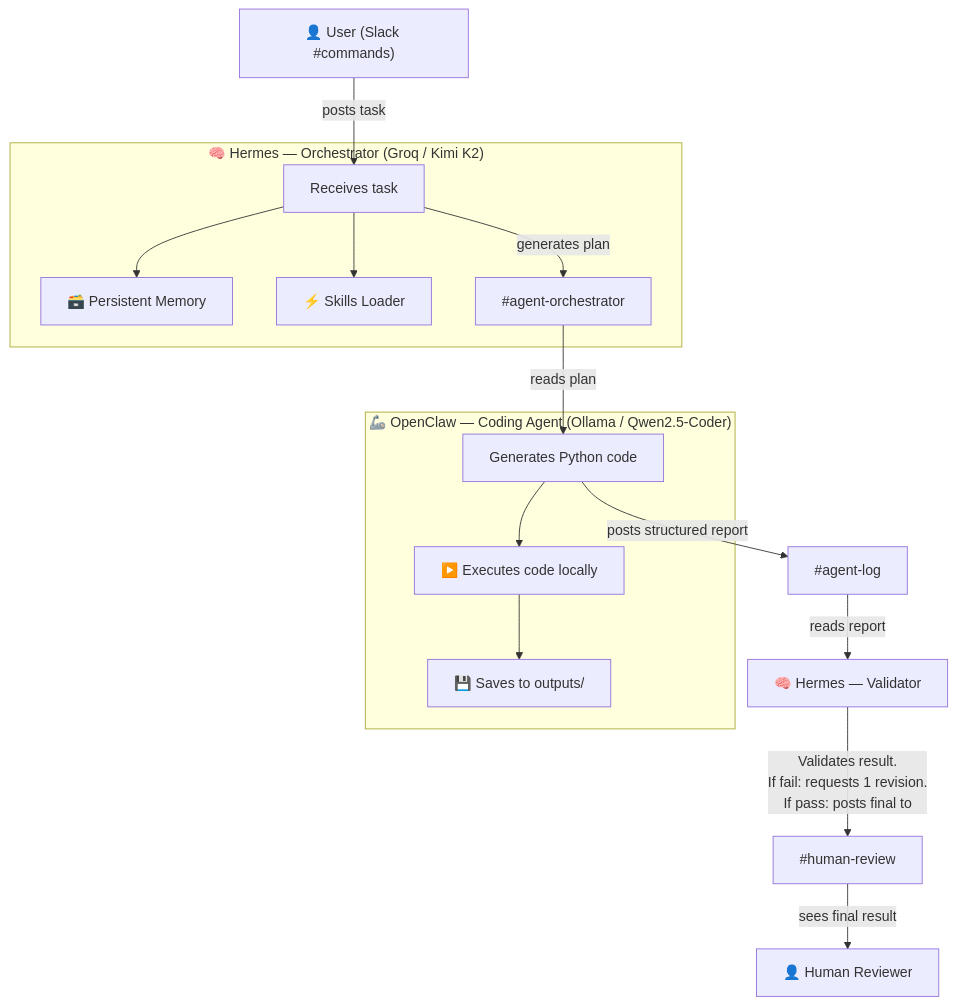
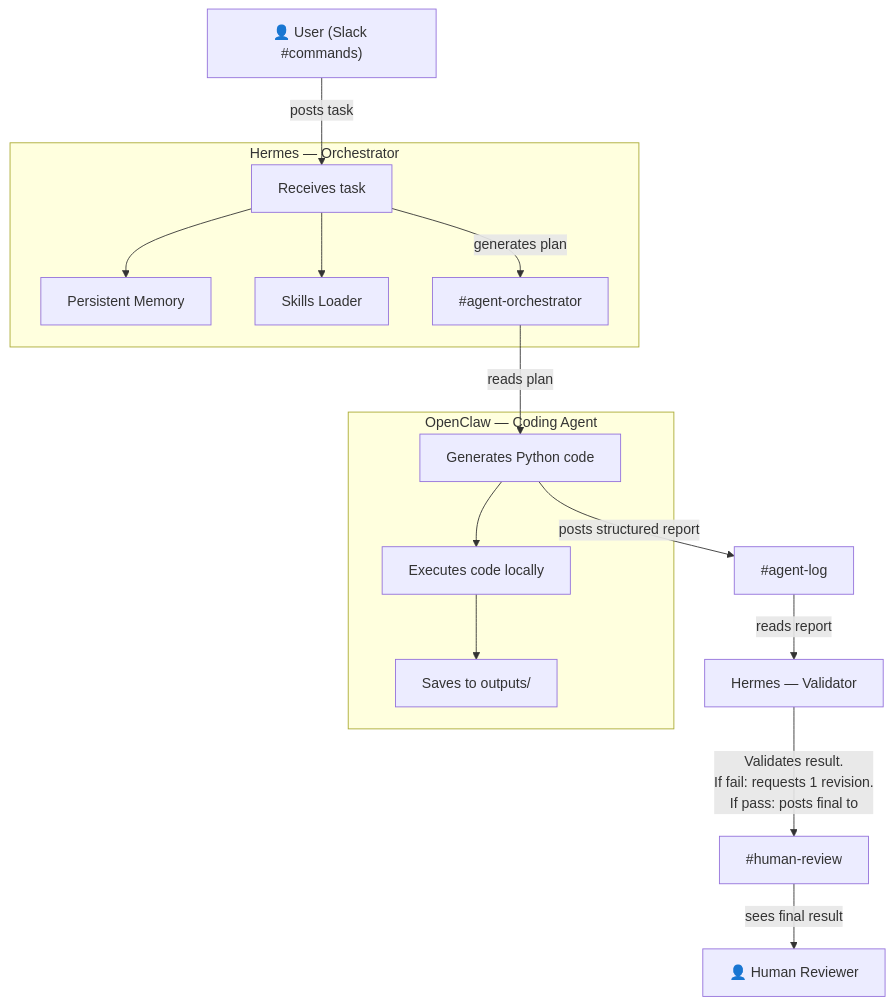
The diagram in README.md (Abishek2207/forge2-qualifier-abishek), drawn with Mermaid before and after one commit. The commit also changed other lines of this file and 9 other files, not shown here.

````diff
--- a/README.md
+++ b/README.md
@@ -21,34 +17,34 @@
 ```mermaid
 flowchart TD
     User["👤 User (Slack #commands)"] -->|"posts task"| Hermes
 
-    subgraph HermesAgent["🧠 Hermes — Orchestrator (Groq / Kimi K2)"]
+    subgraph HermesAgent["Hermes — Orchestrator"]
         Hermes["Receives task"]
-        Memory["🗃️ Persistent Memory"]
-        Skills["⚡ Skills Loader"]
+        Memory["Persistent Memory"]
+        Skills["Skills Loader"]
         Hermes --> Memory
         Hermes --> Skills
         Hermes -->|"generates plan"| OrchChannel["#agent-orchestrator"]
     end
 
     OrchChannel -->|"reads plan"| OpenClaw
 
-    subgraph OpenClawAgent["🦾 OpenClaw — Coding Agent (Ollama / Qwen2.5-Coder)"]
+    subgraph OpenClawAgent["OpenClaw — Coding Agent"]
         OpenClaw["Generates Python code"]
-        Sandbox["▶️ Executes code locally"]
-        Outputs["💾 Saves to outputs/"]
+        Sandbox["Executes code locally"]
+        Outputs["Saves to outputs/"]
         
         OpenClaw --> Sandbox
         Sandbox --> Outputs
     end
 
     OpenClaw -->|"posts structured report"| LogChannel["#agent-log"]
 
-    LogChannel -->|"reads report"| HermesValidate["🧠 Hermes — Validator"]
+    LogChannel -->|"reads report"| HermesValidate["Hermes — Validator"]
     
     HermesValidate -->|"Validates result.
     If fail: requests 1 revision.
     If pass: posts final to"| ReviewChannel["#human-review"]
 
     ReviewChannel -->|"sees final result"| Human["👤 Human Reviewer"]
 ```
````
